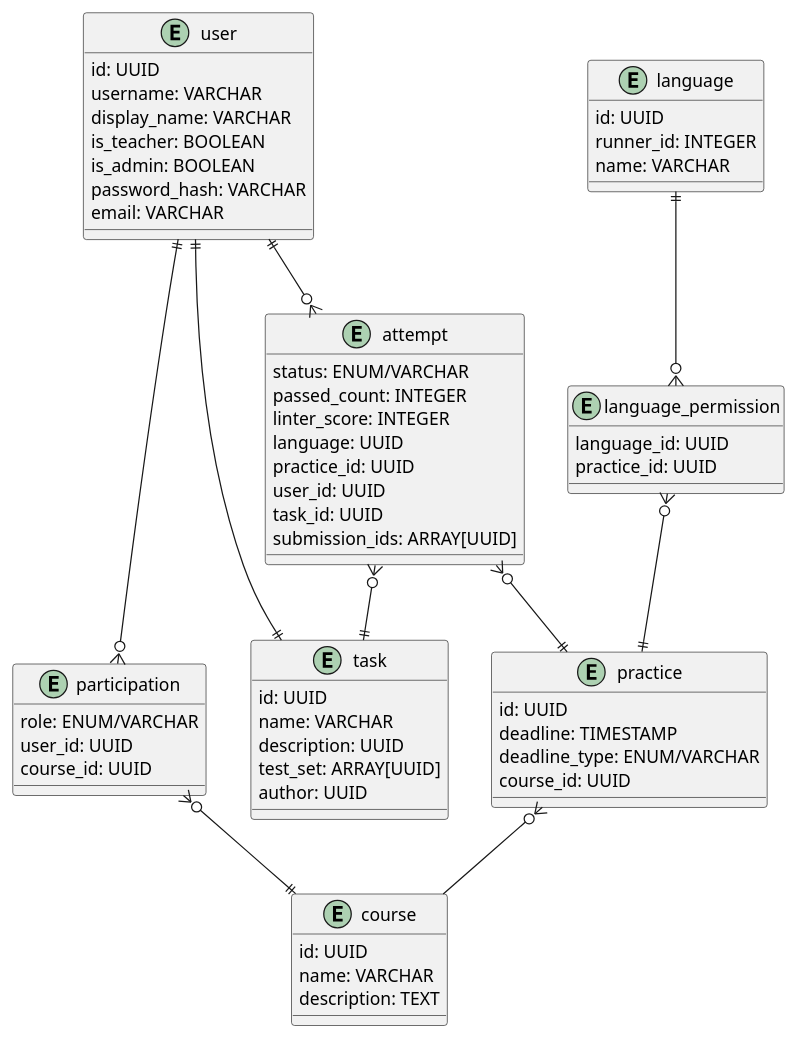
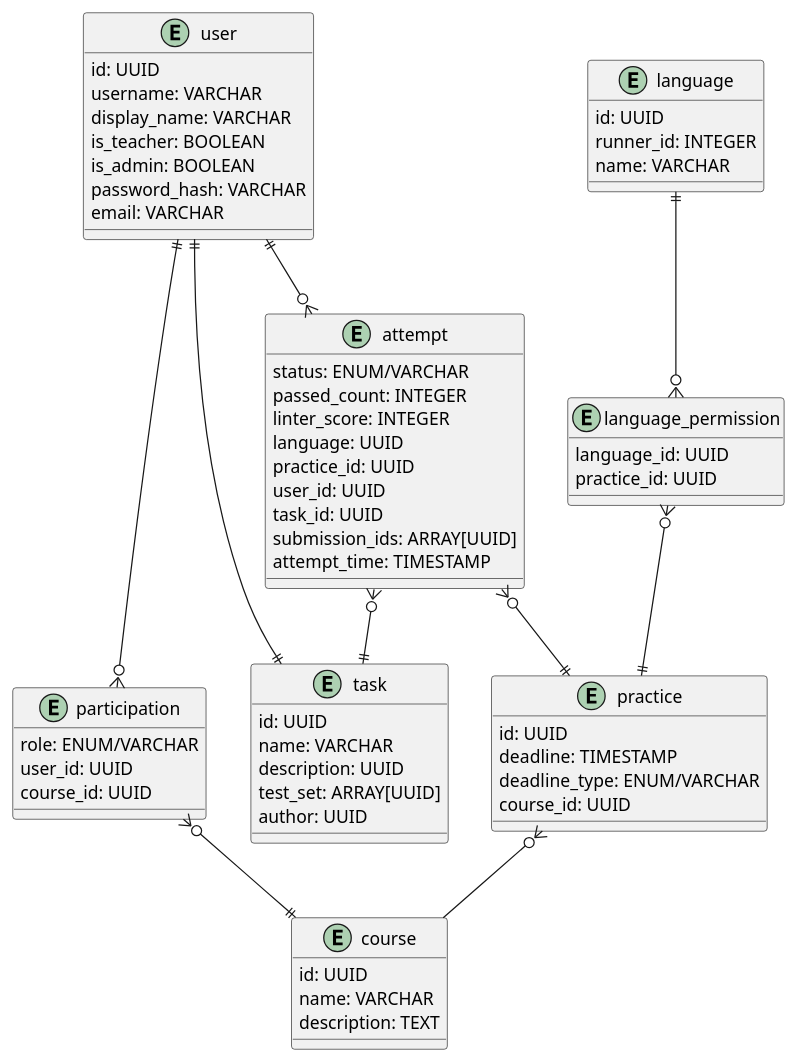
One commit to AKovalyuk/automated-lab-testing-sibfu-backend changed the diagram in doc/entity-relationship.puml. Above: the diagram before and after it, drawn with PlantUML.

Commit message:
Add timestamp field into attempt table

```diff
--- a/doc/entity-relationship.puml
+++ b/doc/entity-relationship.puml
@@ -1,72 +1,73 @@
 @startuml
 
 entity user {
     id: UUID
     username: VARCHAR
     display_name: VARCHAR
     is_teacher: BOOLEAN
     is_admin: BOOLEAN
     password_hash: VARCHAR
     email: VARCHAR
 }
 
 entity participation {
     role: ENUM/VARCHAR
     user_id: UUID
     course_id: UUID
 }
 
 entity course {
     id: UUID
     name: VARCHAR
     description: TEXT
 }
 
 entity task {
     id: UUID
     name: VARCHAR
     description: UUID
     test_set: ARRAY[UUID]
     author: UUID
 }
 
 entity practice {
     id: UUID
     deadline: TIMESTAMP
     deadline_type: ENUM/VARCHAR
     course_id: UUID
 }
 
 entity attempt {
     status: ENUM/VARCHAR
     passed_count: INTEGER
     linter_score: INTEGER
     language: UUID
     practice_id: UUID
     user_id: UUID
     task_id: UUID
     submission_ids: ARRAY[UUID]
+    attempt_time: TIMESTAMP
 }
 
 entity language {
     id: UUID
     runner_id: INTEGER
     name: VARCHAR
 }
 
 entity language_permission {
     language_id: UUID
     practice_id: UUID
 }
 
 user ||--o{ attempt
 attempt }o--|| task
 attempt }o--|| practice
 user ||--o{ participation
 participation }o--|| course
 practice }o-- course
 user ||--|| task
 language ||--o{ language_permission
 language_permission }o--|| practice
 
 @enduml
```
